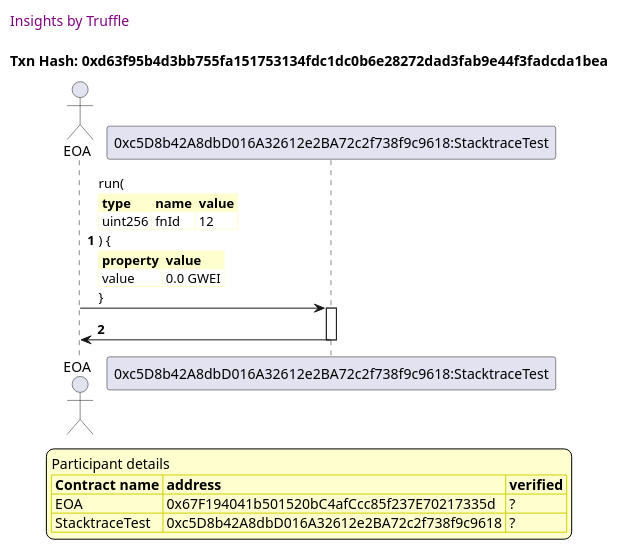
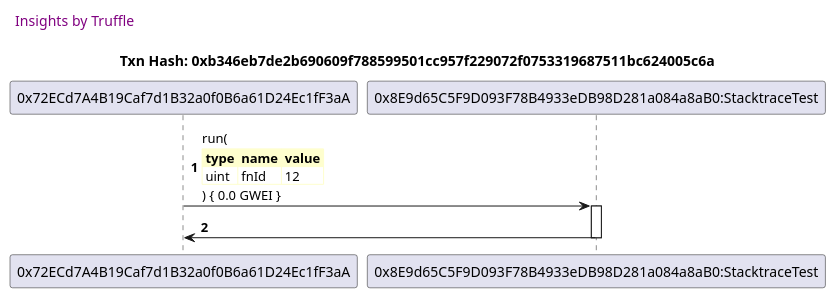
Before and after one commit to trufflesuite/txlog-seedlings: diagram 14 of 14 in truffle-seq/stacktrace.test.md, drawn with PlantUML. The commit also changed other lines of this file and 3 other files, not shown here.

````diff
--- a/truffle-seq/stacktrace.test.md
+++ b/truffle-seq/stacktrace.test.md
@@ -791,48 +653,30 @@
 ```plantuml
 
 
 @startuml
 
 autonumber
 skinparam legendBackgroundColor #FEFECE
 
 <style>
       header {
         HorizontalAlignment left
         FontColor purple
         FontSize 14
         Padding 10
       }
     </style>
 
 header Insights by Truffle
 
-title Txn Hash: 0xd63f95b4d3bb755fa151753134fdc1dc0b6e28272dad3fab9e44f3fadcda1bea
+title Txn Hash: 0xb346eb7de2b690609f788599501cc957f229072f0753319687511bc624005c6a
 
 
-actor EOA as "EOA"
-
-participant StacktraceTest as "0xc5D8b42A8dbD016A32612e2BA72c2f738f9c9618:StacktraceTest"
-
-"EOA" -> "StacktraceTest" ++: run(\n\
+"0x72ECd7A4B19Caf7d1B32a0f0B6a61D24Ec1fF3aA" -> "0x8E9d65C5F9D093F78B4933eDB98D281a084a8aB0:StacktraceTest" ++: run(\n\
 <#FEFECE,#FEFECE>|= type |= name |= value |\n\
-| uint256 | fnId | 12 |\n\
-) {\n\
-<#FEFECE,#FEFECE>|= property |= value|\n\
-| value | 0.0 GWEI |\n\
-}
-
-"StacktraceTest" -> "EOA" --: 
-
-
-
-legend
-Participant details
-<#FEFECE,#D0D000>|= Contract name |= address |= verified |
-<#FEFECE>| EOA | 0x67F194041b501520bC4afCcc85f237E70217335d | ? |
-<#FEFECE>| StacktraceTest | 0xc5D8b42A8dbD016A32612e2BA72c2f738f9c9618 | ? |
-endlegend
-
+| uint | fnId | 12 |\n\
+) { 0.0 GWEI }
+"0x8E9d65C5F9D093F78B4933eDB98D281a084a8aB0:StacktraceTest" -> "0x72ECd7A4B19Caf7d1B32a0f0B6a61D24Ec1fF3aA" --: 
 
 @enduml
 ```
````
